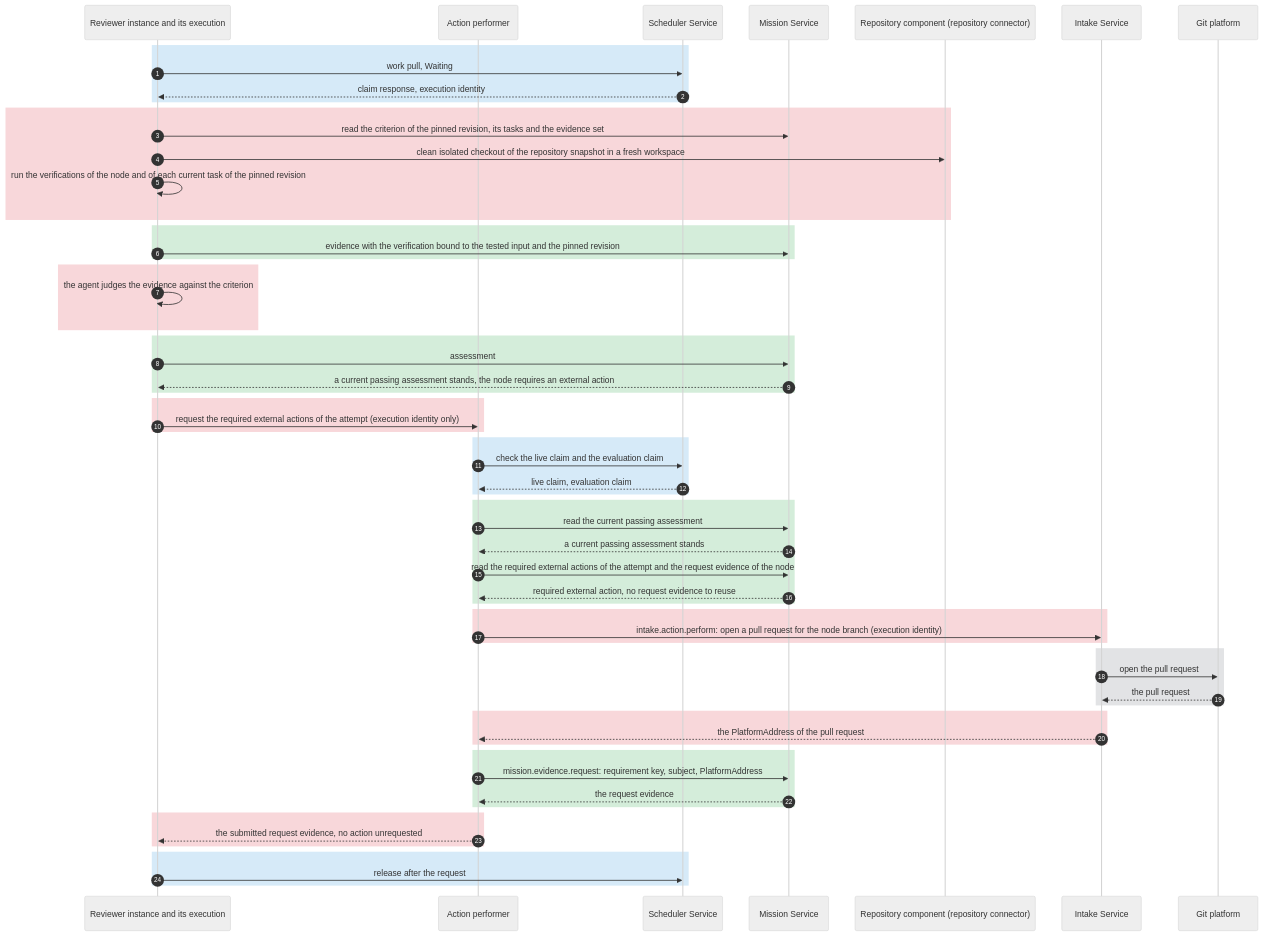
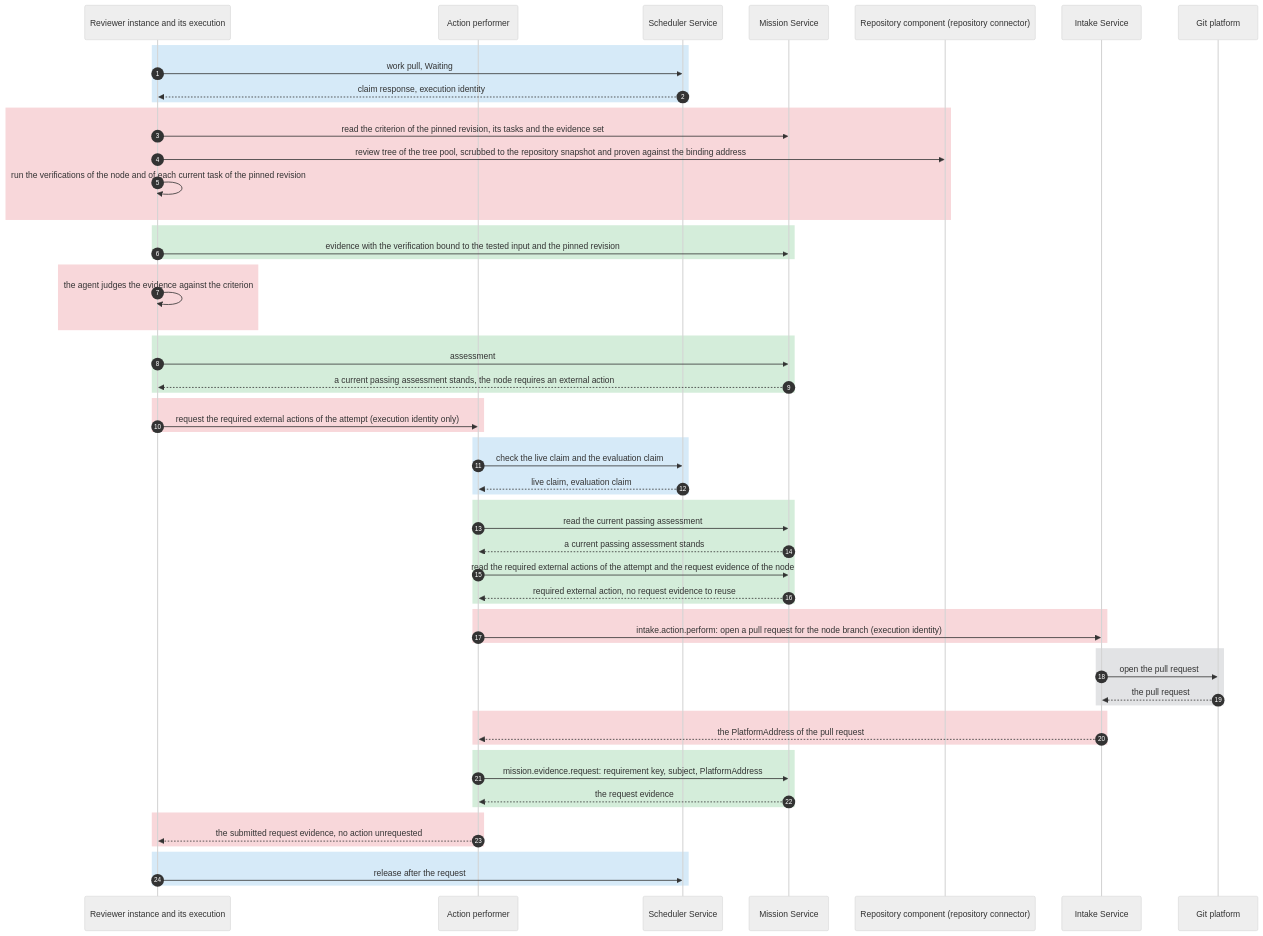
The fifth of 8 diagrams in docs/brainstorm/worker-service.md (kanthorlabs/kanthord), drawn with Mermaid (neutral theme) before and after one commit. The commit also changed other lines of this file and 4 other files, not shown here.

First line of the commit message:
docs(worker): state the review tree of the tree pool (#367)

````diff
--- a/docs/brainstorm/worker-service.md
+++ b/docs/brainstorm/worker-service.md
@@ -740,64 +743,64 @@
 ```mermaid
 sequenceDiagram
     autonumber
     participant R as Reviewer instance and its execution
     participant AP as Action performer
     participant S as Scheduler Service
     participant M as Mission Service
     participant RG as Repository component (repository connector)
     participant IN as Intake Service
     participant G as Git platform
 
     rect rgb(214, 234, 248)
         R->>S: work pull, Waiting
         S-->>R: claim response, execution identity
     end
     rect rgb(248, 215, 218)
         R->>M: read the criterion of the pinned revision, its tasks and the evidence set
-        R->>RG: clean isolated checkout of the repository snapshot in a fresh workspace
+        R->>RG: review tree of the tree pool, scrubbed to the repository snapshot and proven against the binding address
         R->>R: run the verifications of the node and of each current task of the pinned revision
     end
     rect rgb(212, 237, 218)
         R->>M: evidence with the verification bound to the tested input and the pinned revision
     end
     rect rgb(248, 215, 218)
         R->>R: the agent judges the evidence against the criterion
     end
     rect rgb(212, 237, 218)
         R->>M: assessment
         M-->>R: a current passing assessment stands, the node requires an external action
     end
     rect rgb(248, 215, 218)
         R->>AP: request the required external actions of the attempt (execution identity only)
     end
     rect rgb(214, 234, 248)
         AP->>S: check the live claim and the evaluation claim
         S-->>AP: live claim, evaluation claim
     end
     rect rgb(212, 237, 218)
         AP->>M: read the current passing assessment
         M-->>AP: a current passing assessment stands
         AP->>M: read the required external actions of the attempt and the request evidence of the node
         M-->>AP: required external action, no request evidence to reuse
     end
     rect rgb(248, 215, 218)
         AP->>IN: intake.action.perform: open a pull request for the node branch (execution identity)
     end
     rect rgb(226, 227, 229)
         IN->>G: open the pull request
         G-->>IN: the pull request
     end
     rect rgb(248, 215, 218)
         IN-->>AP: the PlatformAddress of the pull request
     end
     rect rgb(212, 237, 218)
         AP->>M: mission.evidence.request: requirement key, subject, PlatformAddress
         M-->>AP: the request evidence
     end
     rect rgb(248, 215, 218)
         AP-->>R: the submitted request evidence, no action unrequested
     end
     rect rgb(214, 234, 248)
         R->>S: release after the request
     end
 ```
````
